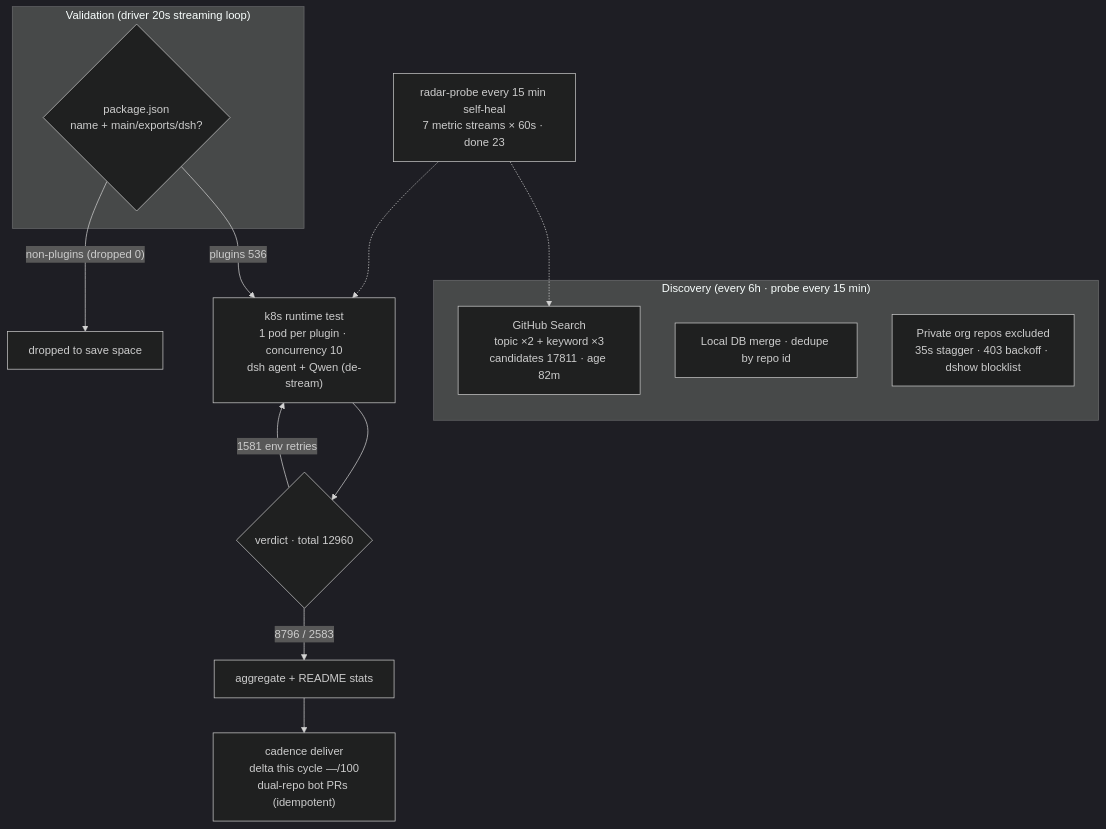
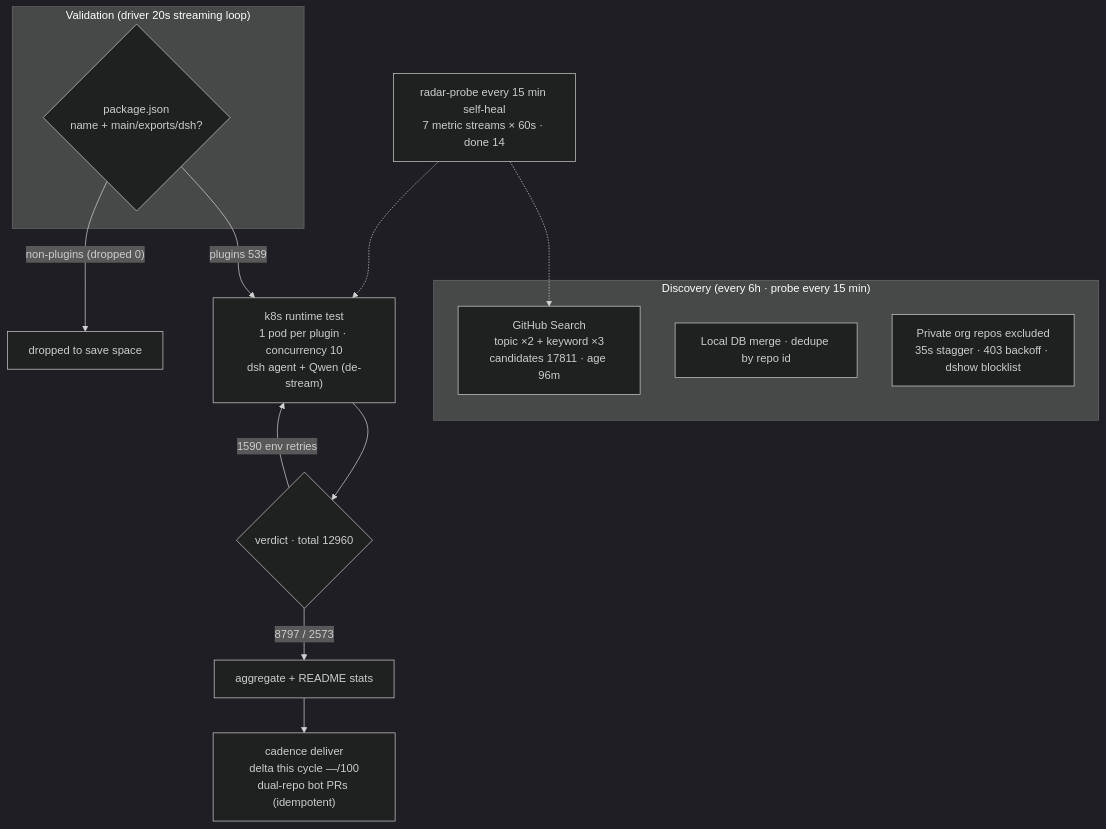
The diagram in README.en-US.md (AdamPlatin123/awesome-dsh-plugins), drawn with Mermaid (dark theme) before and after one commit. The commit also changed other lines of this file and 5 other files, not shown here.

````diff
--- a/README.en-US.md
+++ b/README.en-US.md
@@ -45,20 +45,20 @@
 ```mermaid
 flowchart TB
     subgraph Discovery["Discovery (every 6h · probe every 15 min)"]
-        A1["GitHub Search<br/>topic ×2 + keyword ×3<br/>candidates 17811 · age 82m"]
+        A1["GitHub Search<br/>topic ×2 + keyword ×3<br/>candidates 17811 · age 96m"]
         A2["Local DB merge · dedupe by repo id"]
         A3["Private org repos excluded<br/>35s stagger · 403 backoff · dshow blocklist"]
     end
     subgraph Validation["Validation (driver 20s streaming loop)"]
         B1{"package.json<br/>name + main/exports/dsh?"}
     end
-    B1 -->|"plugins 536"| C1["k8s runtime test<br/>1 pod per plugin · concurrency 10<br/>dsh agent + Qwen (de-stream)"]
+    B1 -->|"plugins 539"| C1["k8s runtime test<br/>1 pod per plugin · concurrency 10<br/>dsh agent + Qwen (de-stream)"]
     B1 -->|"non-plugins (dropped 0)"| B3["dropped to save space"]
     C1 --> D1{"verdict · total 12960"}
-    D1 -->|"8796 / 2583"| E1["aggregate + README stats"]
-    D1 -->|"1581 env retries"| C1
+    D1 -->|"8797 / 2573"| E1["aggregate + README stats"]
+    D1 -->|"1590 env retries"| C1
     E1 --> E2["cadence deliver<br/>delta this cycle —/100<br/>dual-repo bot PRs (idempotent)"]
-    M["radar-probe every 15 min self-heal<br/>7 metric streams × 60s · done 23"]
+    M["radar-probe every 15 min self-heal<br/>7 metric streams × 60s · done 14"]
     M -.-> A1
     M -.-> C1
 ```
````
